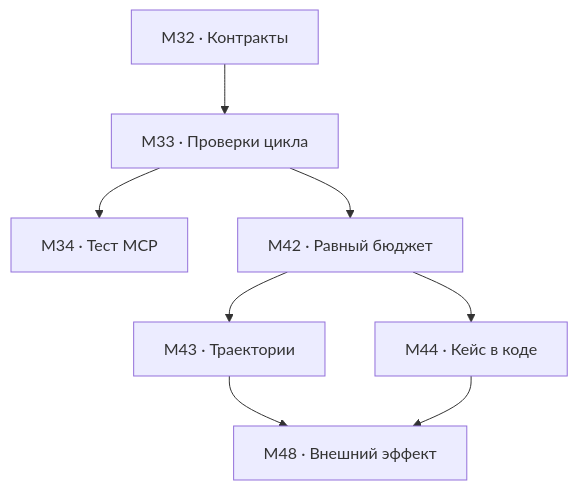
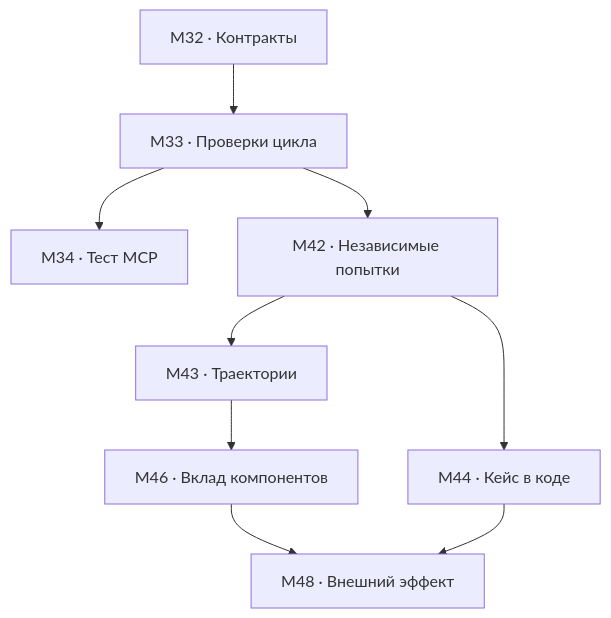
The diagram in agents.md (620474/applied-ai-reading), drawn with Mermaid before and after one commit. The commit also changed 6 other files, not shown here.

````diff
--- a/agents.md
+++ b/agents.md
@@ -5,10 +5,11 @@
 ```mermaid
 flowchart TD
 A["M32 · Контракты"] --> B["M33 · Проверки цикла"]
 B --> C["M34 · Тест MCP"]
-B --> D["M42 · Равный бюджет"]
+B --> D["M42 · Независимые попытки"]
 D --> E["M43 · Траектории"]
 D --> F["M44 · Кейс в коде"]
-E --> G["M48 · Внешний эффект"]
+E --> X["M46 · Вклад компонентов"]
+X --> G["M48 · Внешний эффект"]
 F --> G
 ```
````
